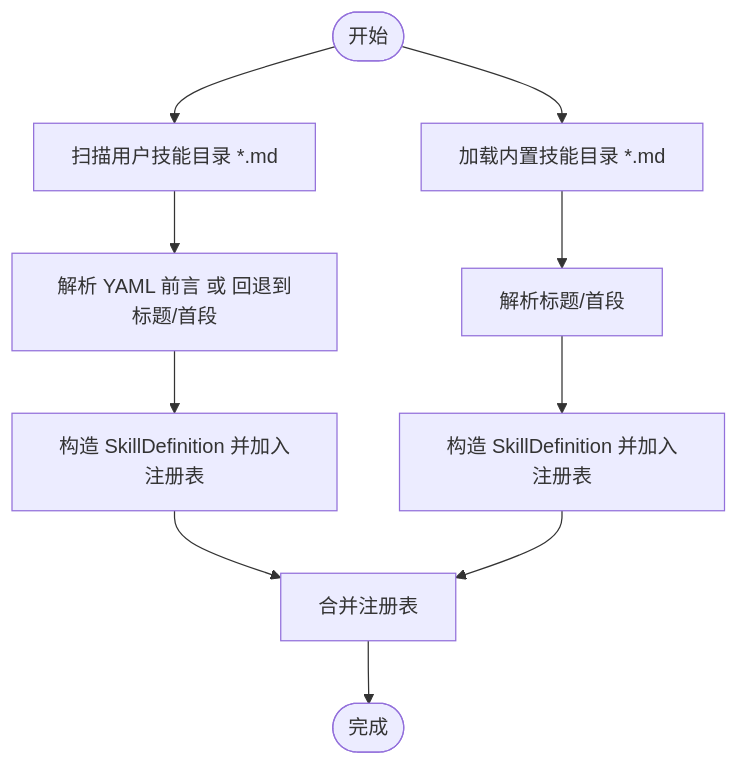
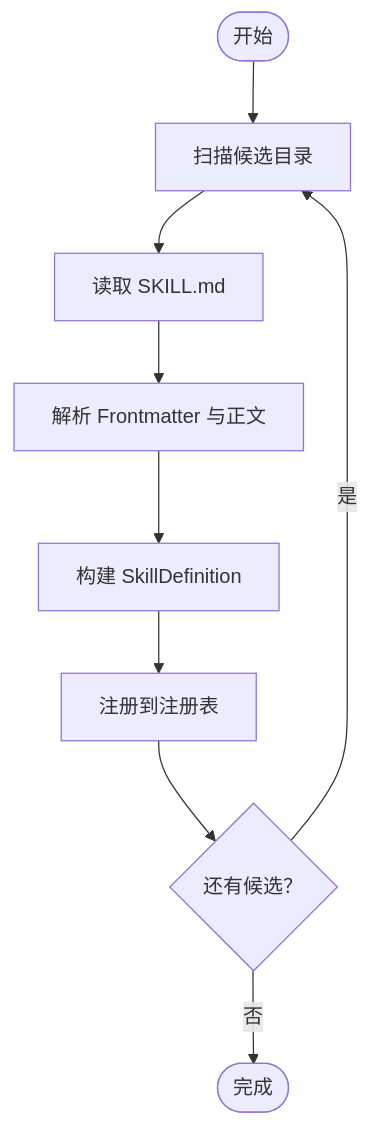
One commit to haolange/OpenHarness changed the third of 5 diagrams in .qoder/repowiki/zh/content/技能系统/技能开发指南.md. Above: the diagram before and after it, drawn with Mermaid. The commit also changed other lines of this file and 222 other files, not shown here.

````diff
--- a/.qoder/repowiki/zh/content/技能系统/技能开发指南.md
+++ b/.qoder/repowiki/zh/content/技能系统/技能开发指南.md
@@ -168,12 +143,11 @@
 ```mermaid
 flowchart TD
-Start(["开始"]) --> ScanUser["扫描用户技能目录 *.md"]
-ScanUser --> ParseUser["解析 YAML 前言 或 回退到标题/首段"]
-ParseUser --> BuildUser["构造 SkillDefinition 并加入注册表"]
-Start --> LoadBundled["加载内置技能目录 *.md"]
-LoadBundled --> ParseBundled["解析标题/首段"]
-ParseBundled --> BuildBundled["构造 SkillDefinition 并加入注册表"]
-BuildUser --> Merge["合并注册表"]
-BuildBundled --> Merge
-Merge --> End(["完成"])
+Start(["开始"]) --> Scan["扫描候选目录"]
+Scan --> Read["读取 SKILL.md"]
+Read --> Parse["解析 Frontmatter 与正文"]
+Parse --> Build["构建 SkillDefinition"]
+Build --> Register["注册到注册表"]
+Register --> Next{"还有候选？"}
+Next --> |是| Scan
+Next --> |否| End(["完成"])
 ```
````
